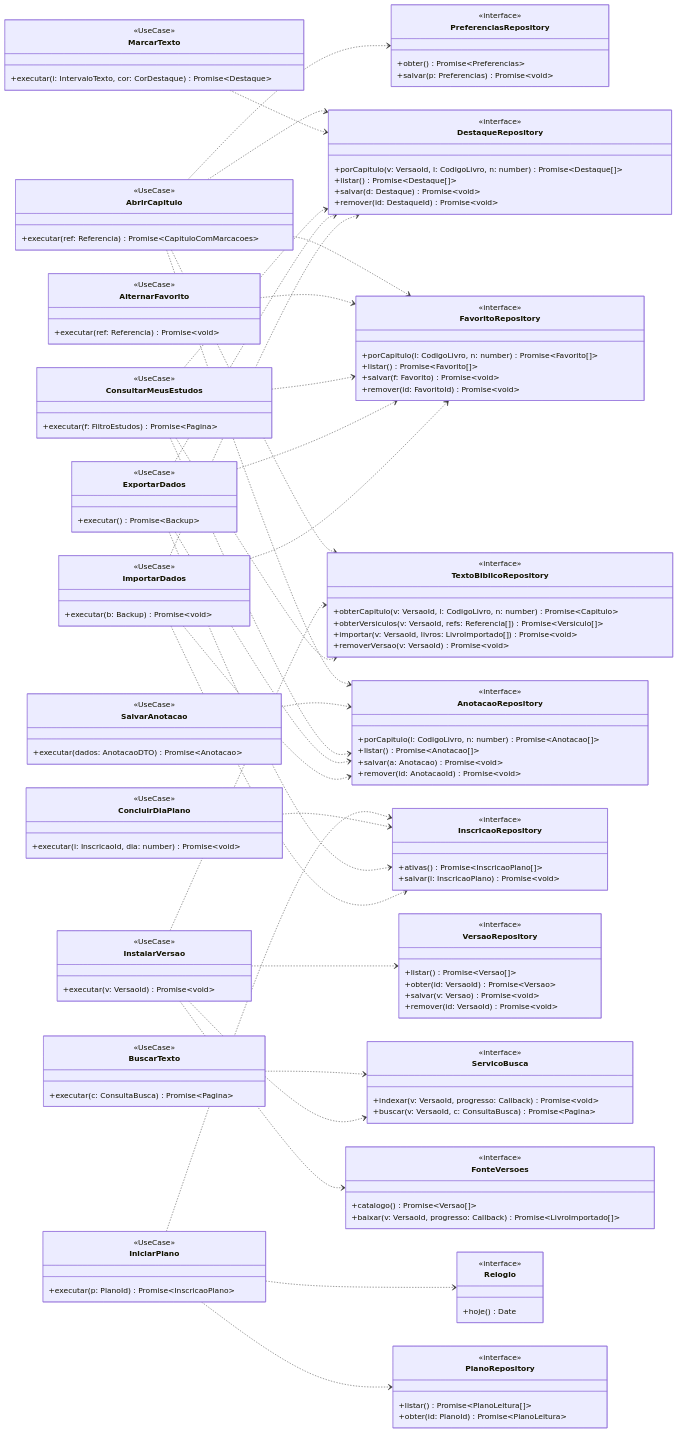
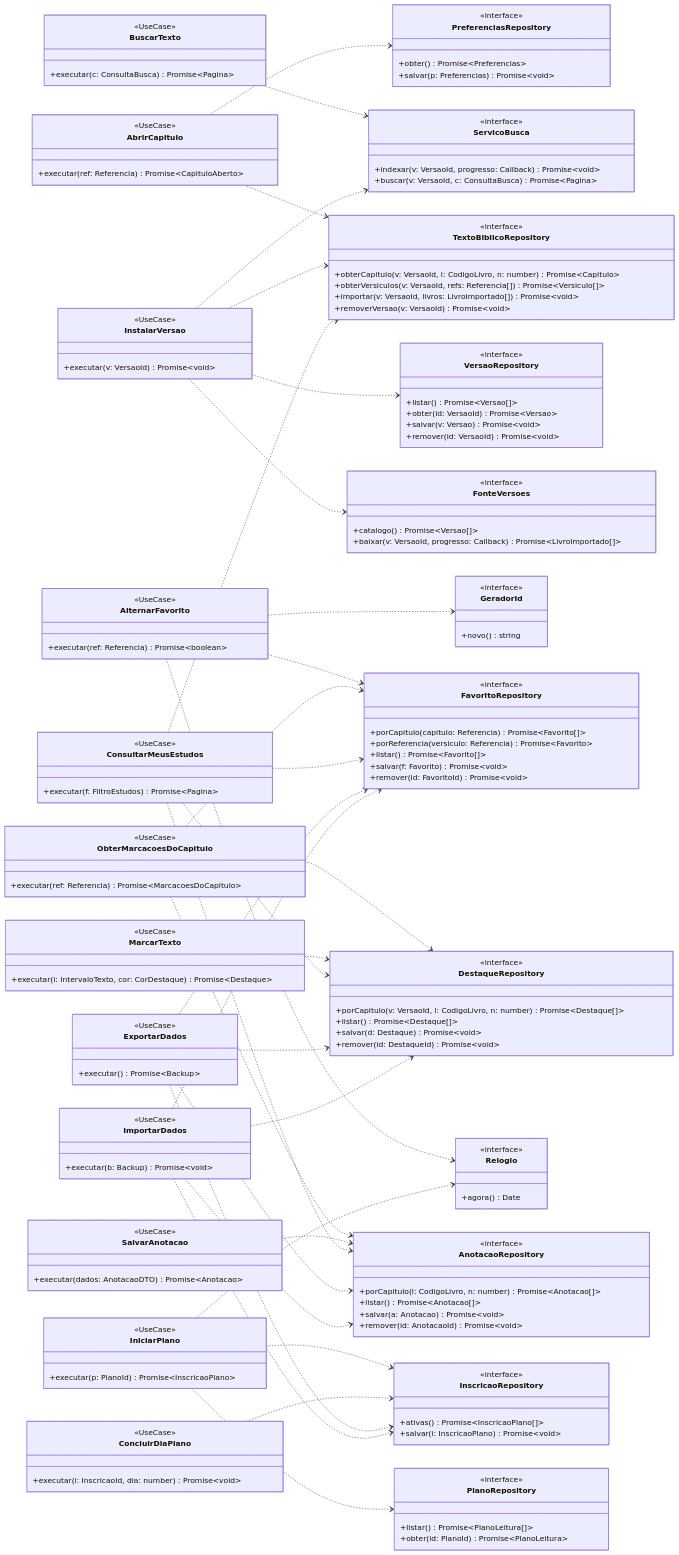
Before and after one commit to edioilha/biblia-app: the seventh of 7 diagrams in docs/04-modelo-dominio.md, drawn with Mermaid. The commit also changed other lines of this file and 5 other files, not shown here.

```diff
--- a/docs/04-modelo-dominio.md
+++ b/docs/04-modelo-dominio.md
@@ -493,7 +493,8 @@
     }
     class FavoritoRepository {
         <<interface>>
-        +porCapitulo(l: CodigoLivro, n: number) Promise~Favorito[]~
+        +porCapitulo(capitulo: Referencia) Promise~Favorito[]~
+        +porReferencia(versiculo: Referencia) Promise~Favorito~
         +listar() Promise~Favorito[]~
         +salvar(f: Favorito) Promise~void~
         +remover(id: FavoritoId) Promise~void~
@@ -539,12 +540,17 @@
     }
     class Relogio {
         <<interface>>
-        +hoje() Date
+        +agora() Date
+    }
+
+    class GeradorId {
+        <<interface>>
+        +novo() string
     }
 
     class AbrirCapitulo {
         <<UseCase>>
-        +executar(ref: Referencia) Promise~CapituloComMarcacoes~
+        +executar(ref: Referencia) Promise~CapituloAberto~
     }
     class BuscarTexto {
         <<UseCase>>
@@ -552,7 +558,11 @@
     }
     class AlternarFavorito {
         <<UseCase>>
-        +executar(ref: Referencia) Promise~void~
+        +executar(ref: Referencia) Promise~boolean~
+    }
+    class ObterMarcacoesDoCapitulo {
+        <<UseCase>>
+        +executar(ref: Referencia) Promise~MarcacoesDoCapitulo~
     }
     class MarcarTexto {
         <<UseCase>>
@@ -588,12 +598,14 @@
     }
 
     AbrirCapitulo ..> TextoBiblicoRepository
-    AbrirCapitulo ..> FavoritoRepository
-    AbrirCapitulo ..> DestaqueRepository
-    AbrirCapitulo ..> AnotacaoRepository
     AbrirCapitulo ..> PreferenciasRepository
     BuscarTexto ..> ServicoBusca
     AlternarFavorito ..> FavoritoRepository
+    AlternarFavorito ..> Relogio
+    AlternarFavorito ..> GeradorId
+    ObterMarcacoesDoCapitulo ..> FavoritoRepository
+    ObterMarcacoesDoCapitulo ..> DestaqueRepository
+    ObterMarcacoesDoCapitulo ..> AnotacaoRepository
     MarcarTexto ..> DestaqueRepository
     SalvarAnotacao ..> AnotacaoRepository
     IniciarPlano ..> PlanoRepository
```
